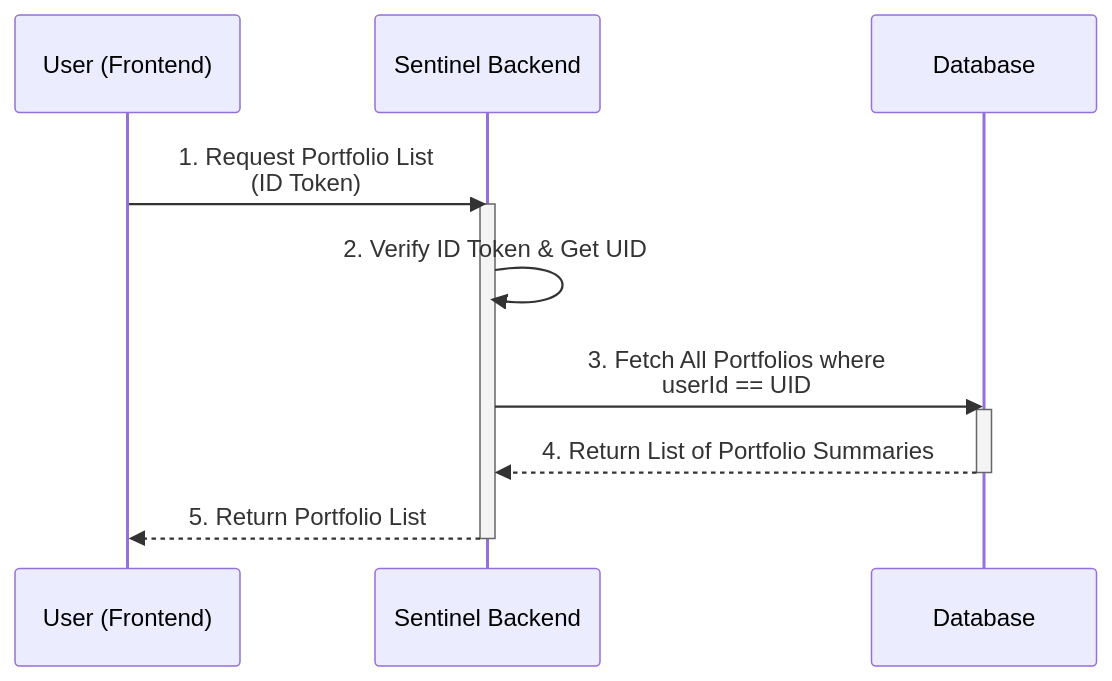
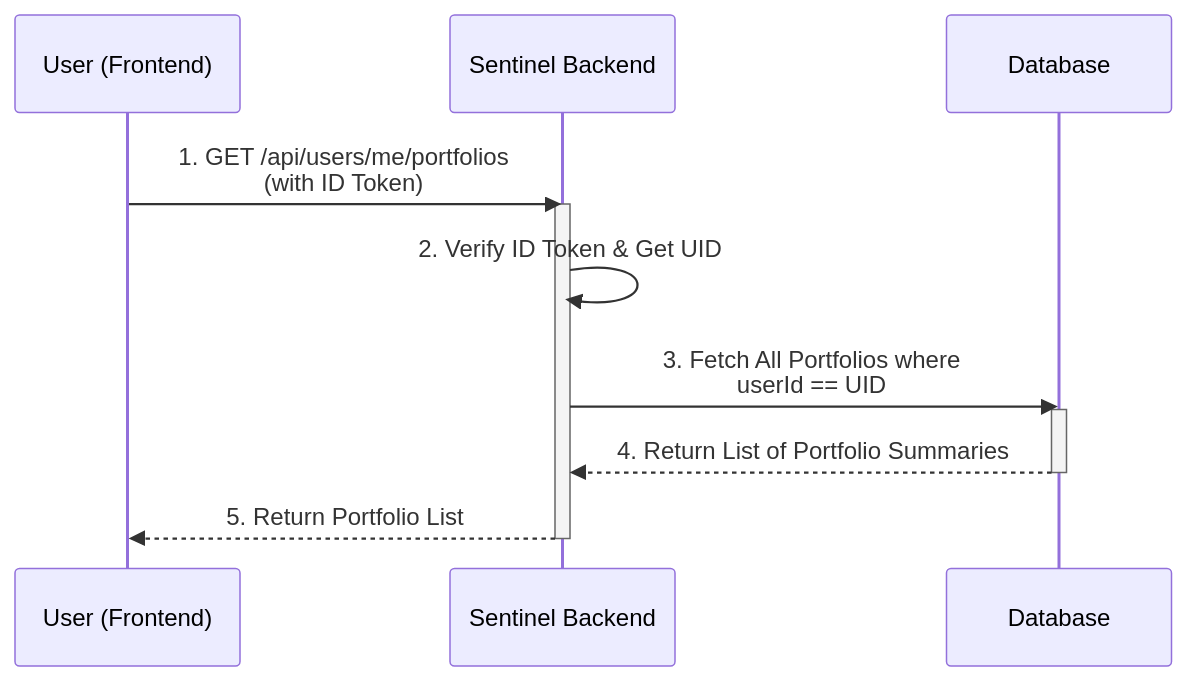
Before and after one commit to enzhao/Sentinel: the third of 12 diagrams in product_spec.md, drawn with Mermaid. The commit also changed other lines of this file, not shown here.

Commit message:
docs(spec): changed the handling of portfolio endpoints. #4

````diff
--- a/product_spec.md
+++ b/product_spec.md
@@ -272,16 +272,16 @@
 ```mermaid
 sequenceDiagram
     participant User as User (Frontend)
     participant Sentinel as Sentinel Backend
     participant DB as Database
 
-    User->>Sentinel: 1. Request Portfolio List<br> (ID Token)
+    User->>Sentinel: 1. GET /api/users/me/portfolios<br> (with ID Token)
     activate Sentinel
     Sentinel->>Sentinel: 2. Verify ID Token & Get UID
     Sentinel->>DB: 3. Fetch All Portfolios where<br> userId == UID
     activate DB
     DB-->>Sentinel: 4. Return List of Portfolio Summaries
     deactivate DB
     Sentinel-->>User: 5. Return Portfolio List
     deactivate Sentinel
 ```
````
